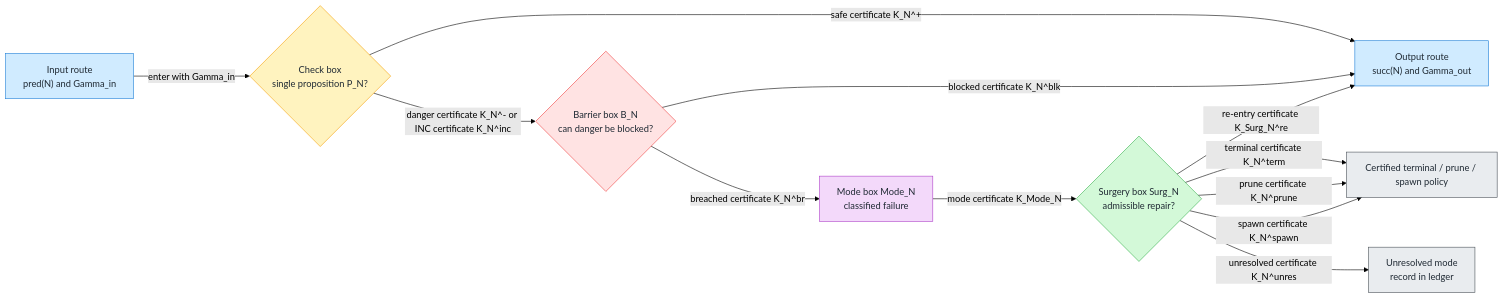
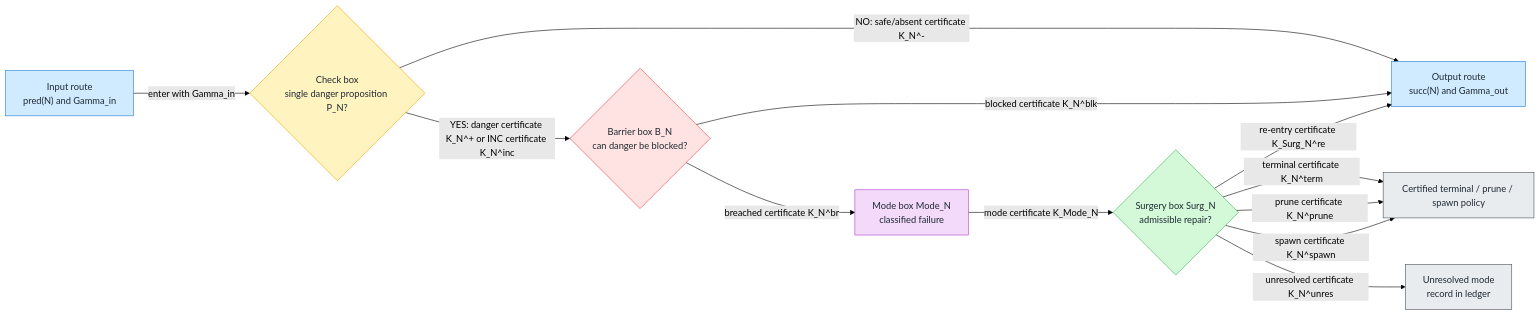
The second of 54 diagrams in docs/source/1_hypostructure_formalism/edits/new_sieve.md (Guillemdb/hypostructure), drawn with Mermaid (forest theme) before and after one commit. The commit also changed other lines of this file, not shown here.

````diff
--- a/docs/source/1_hypostructure_formalism/edits/new_sieve.md
+++ b/docs/source/1_hypostructure_formalism/edits/new_sieve.md
@@ -566,36 +579,36 @@
 ```mermaid
 flowchart LR
     IN["Input route<br/>pred(N) and Gamma_in"]
-    C{"Check box<br/>single proposition P_N?"}
+    C{"Check box<br/>single danger proposition P_N?"}
     B{"Barrier box B_N<br/>can danger be blocked?"}
     M["Mode box Mode_N<br/>classified failure"]
     S{"Surgery box Surg_N<br/>admissible repair?"}
     OUT["Output route<br/>succ(N) and Gamma_out"]
     TERM["Certified terminal / prune / spawn policy"]
     FAIL["Unresolved mode<br/>record in ledger"]
 
     IN -- "enter with Gamma_in" --> C
-    C -- "safe certificate K_N^+" --> OUT
-    C -- "danger certificate K_N^- or INC certificate K_N^inc" --> B
+    C -- "NO: safe/absent certificate K_N^-" --> OUT
+    C -- "YES: danger certificate K_N^+ or INC certificate K_N^inc" --> B
     B -- "blocked certificate K_N^blk" --> OUT
     B -- "breached certificate K_N^br" --> M
     M -- "mode certificate K_Mode_N" --> S
     S -- "re-entry certificate K_Surg_N^re" --> OUT
     S -- "terminal certificate K_N^term" --> TERM
     S -- "prune certificate K_N^prune" --> TERM
     S -- "spawn certificate K_N^spawn" --> TERM
     S -- "unresolved certificate K_N^unres" --> FAIL
 
     classDef check fill:#fff3bf,stroke:#f59f00,color:#1f2933;
     classDef barrier fill:#ffe3e3,stroke:#f03e3e,color:#1f2933;
     classDef mode fill:#f3d9fa,stroke:#ae3ec9,color:#1f2933;
     classDef surgery fill:#d3f9d8,stroke:#37b24d,color:#1f2933;
     classDef route fill:#d0ebff,stroke:#1c7ed6,color:#1f2933;
     classDef terminal fill:#e9ecef,stroke:#495057,color:#1f2933;
     class C check;
     class B barrier;
     class M mode;
     class S surgery;
     class IN,OUT route;
     class TERM,FAIL terminal;
 ```
````
